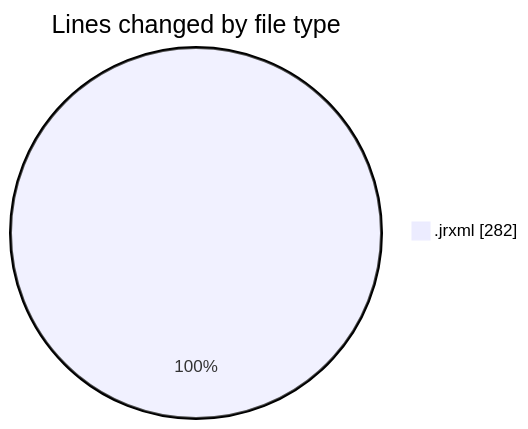
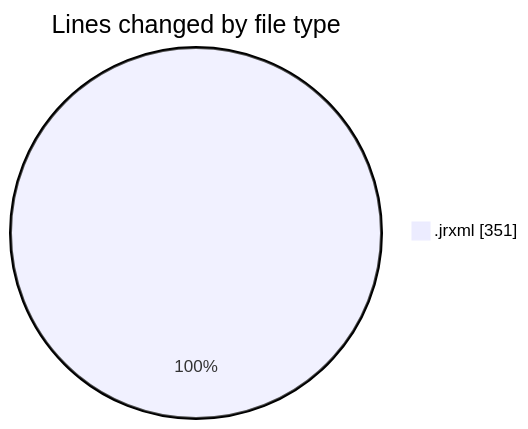
One commit to ricardozamudiocil/code-tracking changed the first of 2 diagrams in 2026-09-17/cilreports__workspace_/README.md. Above: the diagram before and after it, drawn with Mermaid. The commit also changed other lines of this file and 1 other file, not shown here.

````diff
--- a/2026-09-17/cilreports__workspace_/README.md
+++ b/2026-09-17/cilreports__workspace_/README.md
@@ -20,5 +20,5 @@
 ```mermaid
 pie showData
 title Lines changed by file type
-".jrxml" : 282
+".jrxml" : 351
 ```
````
